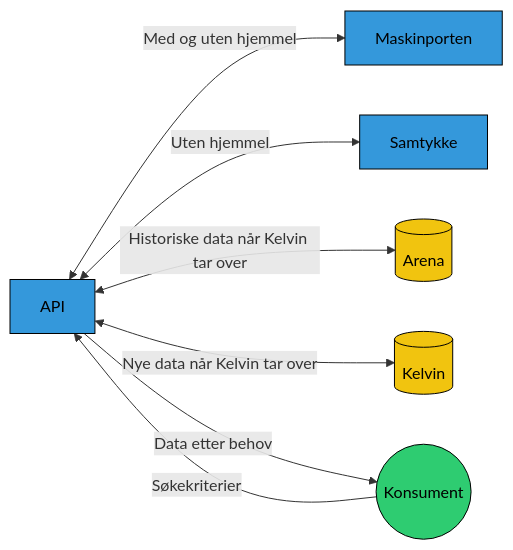
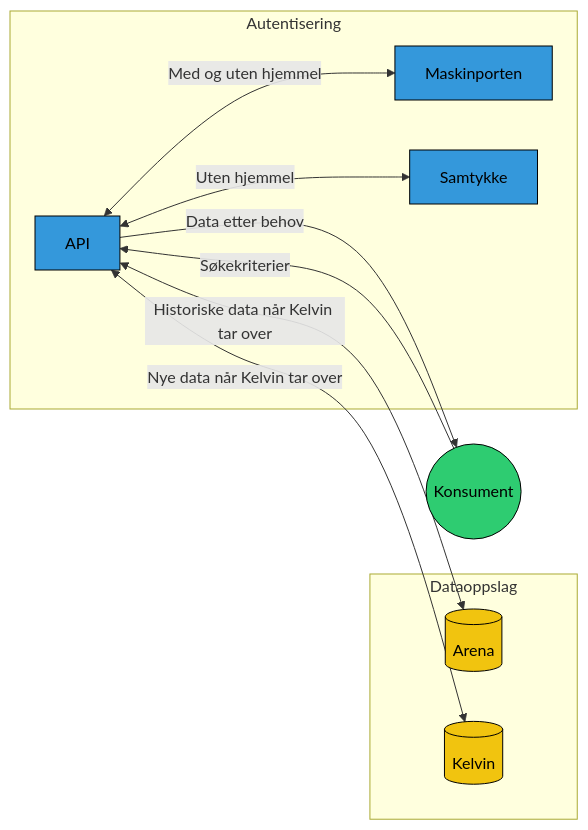
The diagram in README.md (navikt/aap-api), drawn with Mermaid before and after one commit.

Commit message:
Mermaid test

````diff
--- a/README.md
+++ b/README.md
@@ -4,23 +4,27 @@
 ```mermaid
 flowchart LR
 
     A01[API]:::app
     A02[Maskinporten]:::app
     A03[Samtykke]:::app
     
     D01[(Arena)]:::database
     D02[(Kelvin)]:::database
     
     K01((Konsument)):::konsument
     
     K01 --> |Søkekriterier| A01
+    A01 --> |Data etter behov| K01
+    subgraph Autentisering
     A01 <--> |Med og uten hjemmel| A02
     A01 <--> |Uten hjemmel| A03
+    end
+    subgraph Dataoppslag
     A01 <--> |Historiske data når Kelvin tar over| D01
     A01 <--> |Nye data når Kelvin tar over| D02
-    A01 --> |Data etter behov| K01
+    end
 
     classDef app fill:#3498db, color:#000000, stroke:#000000;
     classDef database fill:#f1c40f, color:#000000, stroke:#000000;
     classDef konsument fill:#2ecc71, color:#000000, stroke:#000000;
 ```
````
